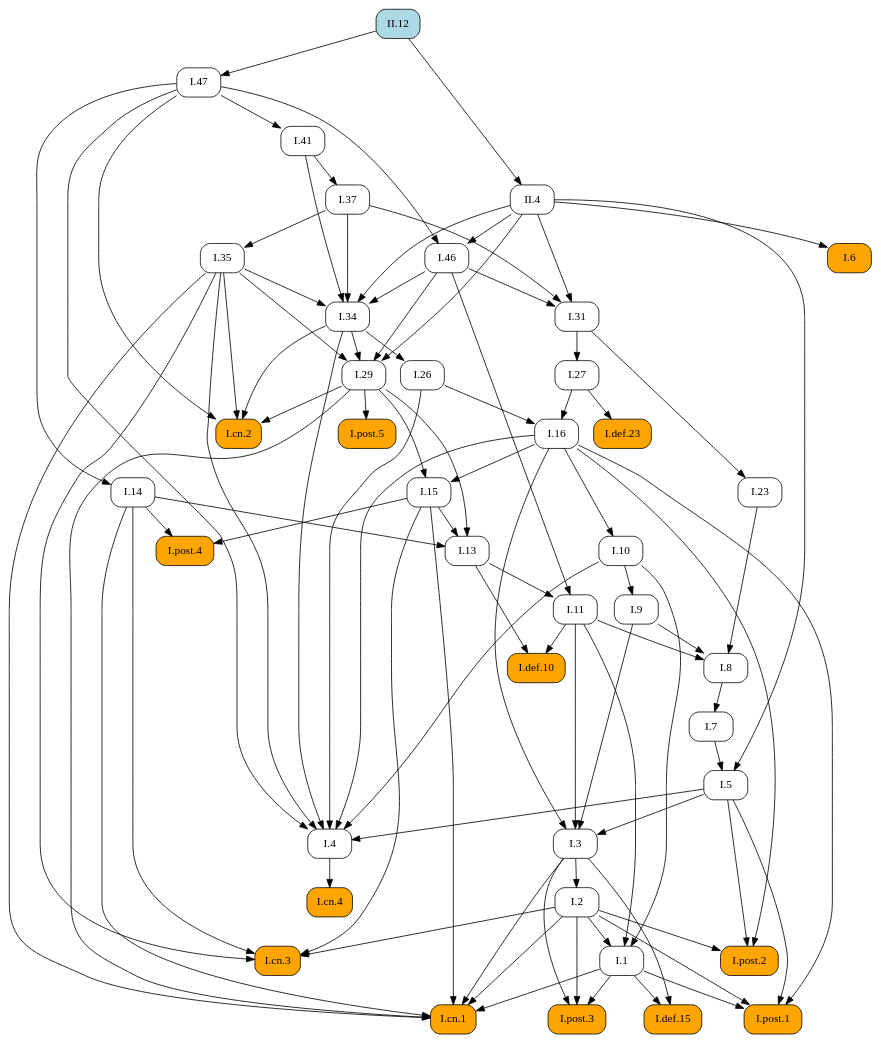
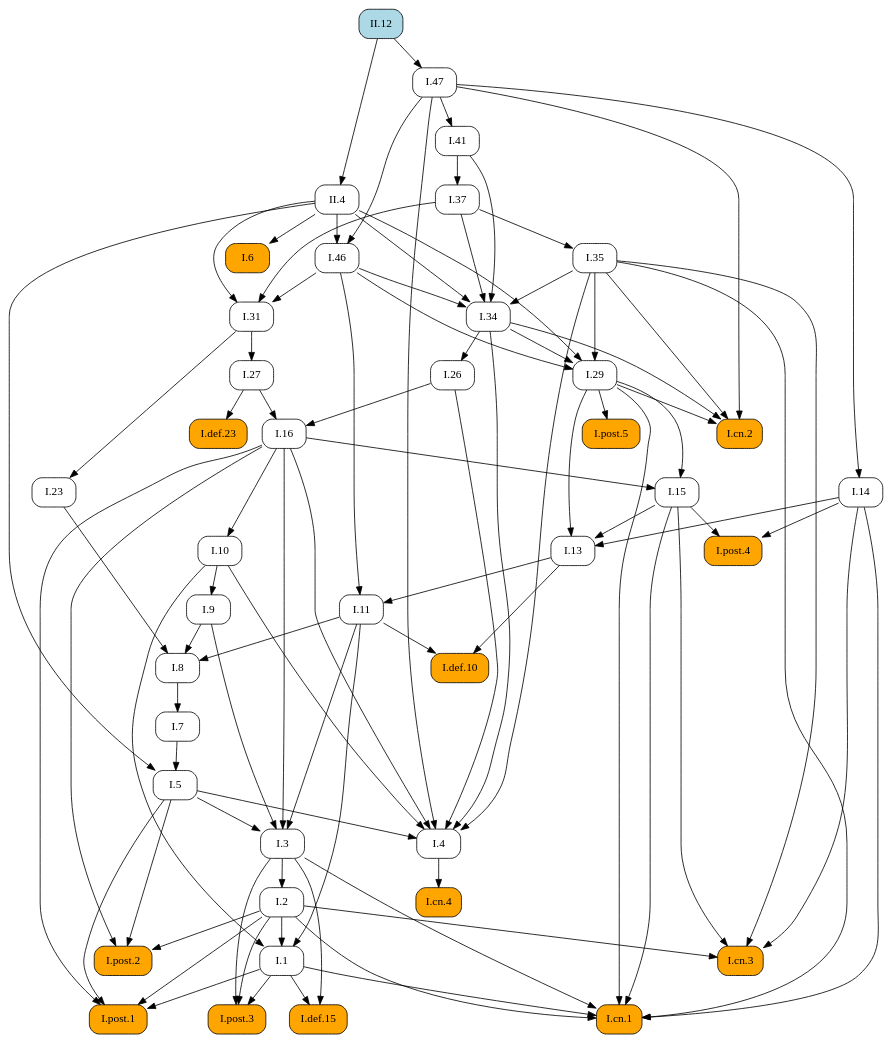
One commit to geometor/elements changed the diagram in docsrc/heath/II/12/index.rst. Above: the diagram before and after it, drawn with Graphviz. The commit also changed other lines of this file and 484 other files, not shown here.

```diff
--- a/docsrc/heath/II/12/index.rst
+++ b/docsrc/heath/II/12/index.rst
@@ -52,70 +52,76 @@
    digraph {
      rankdir="TB";
      node [shape=box, style=rounded];
+     "I.23" [URL="/heath/I/23/", target="_top"];
+     "I.9" [URL="/heath/I/9/", target="_top"];
+     "I.def.15" [style="rounded,filled", fillcolor=orange, URL="/heath/I/def.15/", target="_top"];
+     "I.47" [URL="/heath/I/47/", target="_top"];
+     "II.12" [style="rounded,filled", fillcolor=lightblue, URL="/heath/II/12/", target="_top"];
+     "I.post.3" [style="rounded,filled", fillcolor=orange, URL="/heath/I/post.3/", target="_top"];
+     "I.post.1" [style="rounded,filled", fillcolor=orange, URL="/heath/I/post.1/", target="_top"];
+     "I.31" [URL="/heath/I/31/", target="_top"];
      "I.def.10" [style="rounded,filled", fillcolor=orange, URL="/heath/I/def.10/", target="_top"];
-     "I.11" [URL="/heath/I/11/", target="_top"];
-     "I.post.4" [style="rounded,filled", fillcolor=orange, URL="/heath/I/post.4/", target="_top"];
-     "I.1" [URL="/heath/I/1/", target="_top"];
-     "I.26" [URL="/heath/I/26/", target="_top"];
-     "I.29" [URL="/heath/I/29/", target="_top"];
-     "II.12" [style="rounded,filled", fillcolor=lightblue, URL="/heath/II/12/", target="_top"];
-     "I.cn.2" [style="rounded,filled", fillcolor=orange, URL="/heath/I/cn.2/", target="_top"];
-     "I.47" [URL="/heath/I/47/", target="_top"];
-     "I.def.15" [style="rounded,filled", fillcolor=orange, URL="/heath/I/def.15/", target="_top"];
-     "I.post.3" [style="rounded,filled", fillcolor=orange, URL="/heath/I/post.3/", target="_top"];
+     "I.27" [URL="/heath/I/27/", target="_top"];
+     "I.14" [URL="/heath/I/14/", target="_top"];
+     "II.4" [URL="/heath/II/4/", target="_top"];
+     "I.34" [URL="/heath/I/34/", target="_top"];
+     "I.3" [URL="/heath/I/3/", target="_top"];
+     "I.35" [URL="/heath/I/35/", target="_top"];
      "I.cn.1" [style="rounded,filled", fillcolor=orange, URL="/heath/I/cn.1/", target="_top"];
-     "I.cn.3" [style="rounded,filled", fillcolor=orange, URL="/heath/I/cn.3/", target="_top"];
-     "I.14" [URL="/heath/I/14/", target="_top"];
-     "I.23" [URL="/heath/I/23/", target="_top"];
-     "I.post.1" [style="rounded,filled", fillcolor=orange, URL="/heath/I/post.1/", target="_top"];
-     "I.35" [URL="/heath/I/35/", target="_top"];
-     "I.41" [URL="/heath/I/41/", target="_top"];
-     "I.27" [URL="/heath/I/27/", target="_top"];
-     "I.46" [URL="/heath/I/46/", target="_top"];
-     "I.37" [URL="/heath/I/37/", target="_top"];
-     "I.34" [URL="/heath/I/34/", target="_top"];
-     "I.6" [style="rounded,filled", fillcolor=orange, URL="/heath/I/6/", target="_top"];
-     "I.3" [URL="/heath/I/3/", target="_top"];
      "I.7" [URL="/heath/I/7/", target="_top"];
      "I.2" [URL="/heath/I/2/", target="_top"];
+     "I.13" [URL="/heath/I/13/", target="_top"];
+     "I.post.4" [style="rounded,filled", fillcolor=orange, URL="/heath/I/post.4/", target="_top"];
      "I.4" [URL="/heath/I/4/", target="_top"];
+     "I.1" [URL="/heath/I/1/", target="_top"];
+     "I.5" [URL="/heath/I/5/", target="_top"];
+     "I.37" [URL="/heath/I/37/", target="_top"];
+     "I.8" [URL="/heath/I/8/", target="_top"];
+     "I.cn.3" [style="rounded,filled", fillcolor=orange, URL="/heath/I/cn.3/", target="_top"];
+     "I.29" [URL="/heath/I/29/", target="_top"];
+     "I.16" [URL="/heath/I/16/", target="_top"];
+     "I.15" [URL="/heath/I/15/", target="_top"];
+     "I.10" [URL="/heath/I/10/", target="_top"];
+     "I.11" [URL="/heath/I/11/", target="_top"];
      "I.def.23" [style="rounded,filled", fillcolor=orange, URL="/heath/I/def.23/", target="_top"];
-     "I.13" [URL="/heath/I/13/", target="_top"];
-     "II.4" [URL="/heath/II/4/", target="_top"];
-     "I.31" [URL="/heath/I/31/", target="_top"];
+     "I.cn.2" [style="rounded,filled", fillcolor=orange, URL="/heath/I/cn.2/", target="_top"];
+     "I.post.5" [style="rounded,filled", fillcolor=orange, URL="/heath/I/post.5/", target="_top"];
+     "I.cn.4" [style="rounded,filled", fillcolor=orange, URL="/heath/I/cn.4/", target="_top"];
+     "I.41" [URL="/heath/I/41/", target="_top"];
      "I.post.2" [style="rounded,filled", fillcolor=orange, URL="/heath/I/post.2/", target="_top"];
-     "I.16" [URL="/heath/I/16/", target="_top"];
-     "I.9" [URL="/heath/I/9/", target="_top"];
-     "I.8" [URL="/heath/I/8/", target="_top"];
-     "I.cn.4" [style="rounded,filled", fillcolor=orange, URL="/heath/I/cn.4/", target="_top"];
-     "I.15" [URL="/heath/I/15/", target="_top"];
-     "I.post.5" [style="rounded,filled", fillcolor=orange, URL="/heath/I/post.5/", target="_top"];
-     "I.10" [URL="/heath/I/10/", target="_top"];
-     "I.5" [URL="/heath/I/5/", target="_top"];
-     "I.11" -> "I.def.10";
-     "I.13" -> "I.def.10";
-     "I.13" -> "I.11";
-     "I.46" -> "I.11";
-     "I.14" -> "I.post.4";
-     "I.15" -> "I.post.4";
-     "I.2" -> "I.1";
-     "I.10" -> "I.1";
-     "I.11" -> "I.1";
-     "I.34" -> "I.26";
-     "I.34" -> "I.29";
-     "I.35" -> "I.29";
-     "I.46" -> "I.29";
-     "II.4" -> "I.29";
-     "I.29" -> "I.cn.2";
-     "I.34" -> "I.cn.2";
-     "I.35" -> "I.cn.2";
-     "I.47" -> "I.cn.2";
-     "II.12" -> "I.47";
+     "I.46" [URL="/heath/I/46/", target="_top"];
+     "I.26" [URL="/heath/I/26/", target="_top"];
+     "I.6" [style="rounded,filled", fillcolor=orange, URL="/heath/I/6/", target="_top"];
+     "I.31" -> "I.23";
+     "I.10" -> "I.9";
      "I.1" -> "I.def.15";
      "I.3" -> "I.def.15";
+     "II.12" -> "I.47";
      "I.1" -> "I.post.3";
      "I.2" -> "I.post.3";
      "I.3" -> "I.post.3";
+     "I.1" -> "I.post.1";
+     "I.2" -> "I.post.1";
+     "I.5" -> "I.post.1";
+     "I.16" -> "I.post.1";
+     "I.37" -> "I.31";
+     "I.46" -> "I.31";
+     "II.4" -> "I.31";
+     "I.11" -> "I.def.10";
+     "I.13" -> "I.def.10";
+     "I.31" -> "I.27";
+     "I.47" -> "I.14";
+     "II.12" -> "II.4";
+     "I.35" -> "I.34";
+     "I.37" -> "I.34";
+     "I.41" -> "I.34";
+     "I.46" -> "I.34";
+     "II.4" -> "I.34";
+     "I.5" -> "I.3";
+     "I.9" -> "I.3";
+     "I.11" -> "I.3";
+     "I.16" -> "I.3";
+     "I.37" -> "I.35";
      "I.1" -> "I.cn.1";
      "I.2" -> "I.cn.1";
      "I.3" -> "I.cn.1";
@@ -123,34 +129,13 @@
      "I.15" -> "I.cn.1";
      "I.29" -> "I.cn.1";
      "I.35" -> "I.cn.1";
-     "I.2" -> "I.cn.3";
-     "I.14" -> "I.cn.3";
-     "I.15" -> "I.cn.3";
-     "I.35" -> "I.cn.3";
-     "I.47" -> "I.14";
-     "I.31" -> "I.23";
-     "I.1" -> "I.post.1";
-     "I.2" -> "I.post.1";
-     "I.5" -> "I.post.1";
-     "I.16" -> "I.post.1";
-     "I.37" -> "I.35";
-     "I.47" -> "I.41";
-     "I.31" -> "I.27";
-     "I.47" -> "I.46";
-     "II.4" -> "I.46";
-     "I.41" -> "I.37";
-     "I.35" -> "I.34";
-     "I.37" -> "I.34";
-     "I.41" -> "I.34";
-     "I.46" -> "I.34";
-     "II.4" -> "I.34";
-     "II.4" -> "I.6";
-     "I.5" -> "I.3";
-     "I.9" -> "I.3";
-     "I.11" -> "I.3";
-     "I.16" -> "I.3";
      "I.8" -> "I.7";
      "I.3" -> "I.2";
+     "I.14" -> "I.13";
+     "I.15" -> "I.13";
+     "I.29" -> "I.13";
+     "I.14" -> "I.post.4";
+     "I.15" -> "I.post.4";
      "I.5" -> "I.4";
      "I.10" -> "I.4";
      "I.16" -> "I.4";
@@ -158,28 +143,43 @@
      "I.34" -> "I.4";
      "I.35" -> "I.4";
      "I.47" -> "I.4";
+     "I.2" -> "I.1";
+     "I.10" -> "I.1";
+     "I.11" -> "I.1";
+     "I.7" -> "I.5";
+     "II.4" -> "I.5";
+     "I.41" -> "I.37";
+     "I.9" -> "I.8";
+     "I.11" -> "I.8";
+     "I.23" -> "I.8";
+     "I.2" -> "I.cn.3";
+     "I.14" -> "I.cn.3";
+     "I.15" -> "I.cn.3";
+     "I.35" -> "I.cn.3";
+     "I.34" -> "I.29";
+     "I.35" -> "I.29";
+     "I.46" -> "I.29";
+     "II.4" -> "I.29";
+     "I.26" -> "I.16";
+     "I.27" -> "I.16";
+     "I.16" -> "I.15";
+     "I.29" -> "I.15";
+     "I.16" -> "I.10";
+     "I.13" -> "I.11";
+     "I.46" -> "I.11";
      "I.27" -> "I.def.23";
-     "I.14" -> "I.13";
-     "I.15" -> "I.13";
-     "I.29" -> "I.13";
-     "II.12" -> "II.4";
-     "I.37" -> "I.31";
-     "I.46" -> "I.31";
-     "II.4" -> "I.31";
+     "I.29" -> "I.cn.2";
+     "I.34" -> "I.cn.2";
+     "I.35" -> "I.cn.2";
+     "I.47" -> "I.cn.2";
+     "I.29" -> "I.post.5";
+     "I.4" -> "I.cn.4";
+     "I.47" -> "I.41";
      "I.2" -> "I.post.2";
      "I.5" -> "I.post.2";
      "I.16" -> "I.post.2";
-     "I.26" -> "I.16";
-     "I.27" -> "I.16";
-     "I.10" -> "I.9";
-     "I.9" -> "I.8";
-     "I.11" -> "I.8";
-     "I.23" -> "I.8";
-     "I.4" -> "I.cn.4";
-     "I.16" -> "I.15";
-     "I.29" -> "I.15";
-     "I.29" -> "I.post.5";
-     "I.16" -> "I.10";
-     "I.7" -> "I.5";
-     "II.4" -> "I.5";
+     "I.47" -> "I.46";
+     "II.4" -> "I.46";
+     "I.34" -> "I.26";
+     "II.4" -> "I.6";
    }
```
